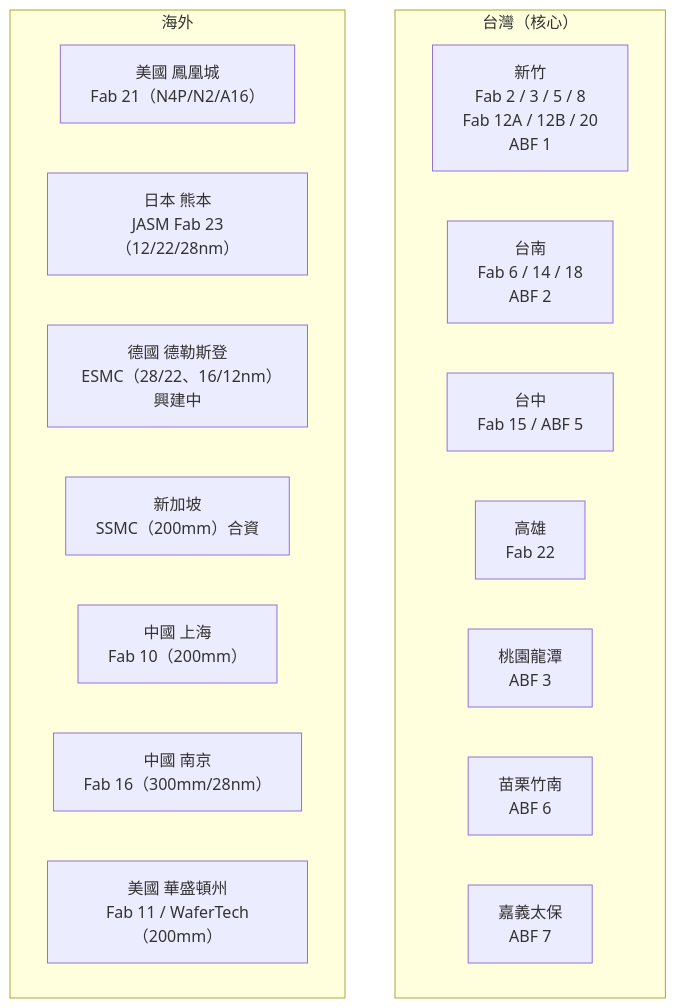
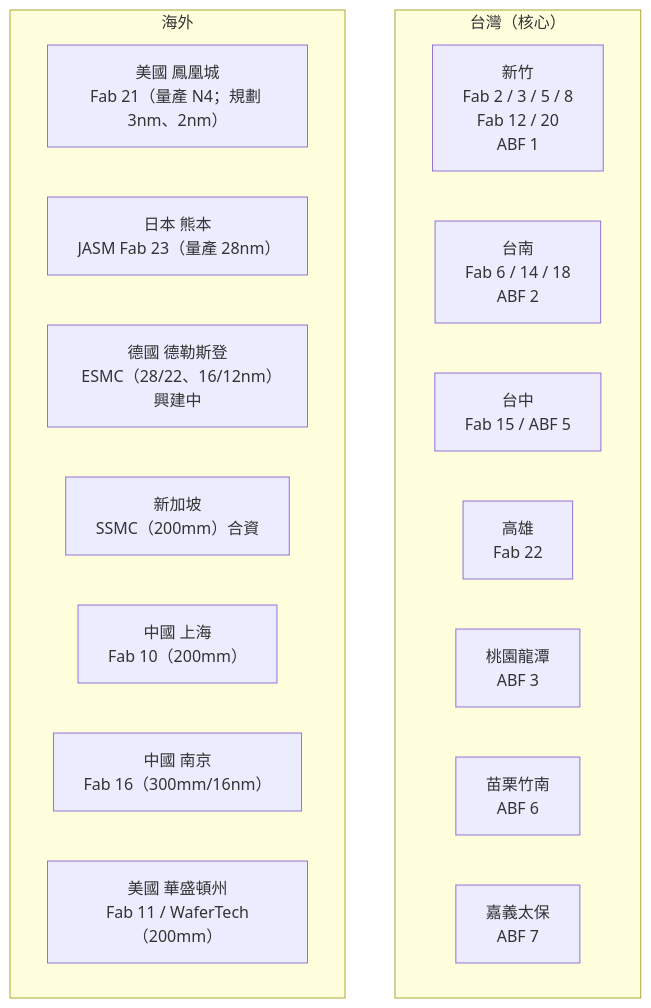
One commit to wizardhsiehcom/book changed the first of 2 diagrams in docs/tsmc/07-fabs.md. Above: the diagram before and after it, drawn with Mermaid. The commit also changed other lines of this file and 8 other files, not shown here.

````diff
--- a/docs/tsmc/07-fabs.md
+++ b/docs/tsmc/07-fabs.md
@@ -9,21 +9,21 @@
 ```mermaid
 graph TD
     subgraph "台灣（核心）"
-        TW_HC["新竹<br/>Fab 2 / 3 / 5 / 8<br/>Fab 12A / 12B / 20<br/>ABF 1"]
+        TW_HC["新竹<br/>Fab 2 / 3 / 5 / 8<br/>Fab 12 / 20<br/>ABF 1"]
         TW_TN["台南<br/>Fab 6 / 14 / 18<br/>ABF 2"]
         TW_TC["台中<br/>Fab 15 / ABF 5"]
         TW_KH["高雄<br/>Fab 22"]
         TW_TY["桃園龍潭<br/>ABF 3"]
         TW_ML["苗栗竹南<br/>ABF 6"]
         TW_CY["嘉義太保<br/>ABF 7"]
     end
     subgraph "海外"
-        US["美國 鳳凰城<br/>Fab 21（N4P/N2/A16）"]
-        JP["日本 熊本<br/>JASM Fab 23（12/22/28nm）"]
+        US["美國 鳳凰城<br/>Fab 21（量產 N4；規劃 3nm、2nm）"]
+        JP["日本 熊本<br/>JASM Fab 23（量產 28nm）"]
         DE["德國 德勒斯登<br/>ESMC（28/22、16/12nm）興建中"]
         SG["新加坡<br/>SSMC（200mm）合資"]
         CN_SH["中國 上海<br/>Fab 10（200mm）"]
-        CN_NJ["中國 南京<br/>Fab 16（300mm/28nm）"]
+        CN_NJ["中國 南京<br/>Fab 16（300mm/16nm）"]
         US_WA["美國 華盛頓州<br/>Fab 11 / WaferTech（200mm）"]
     end
 ```
````
